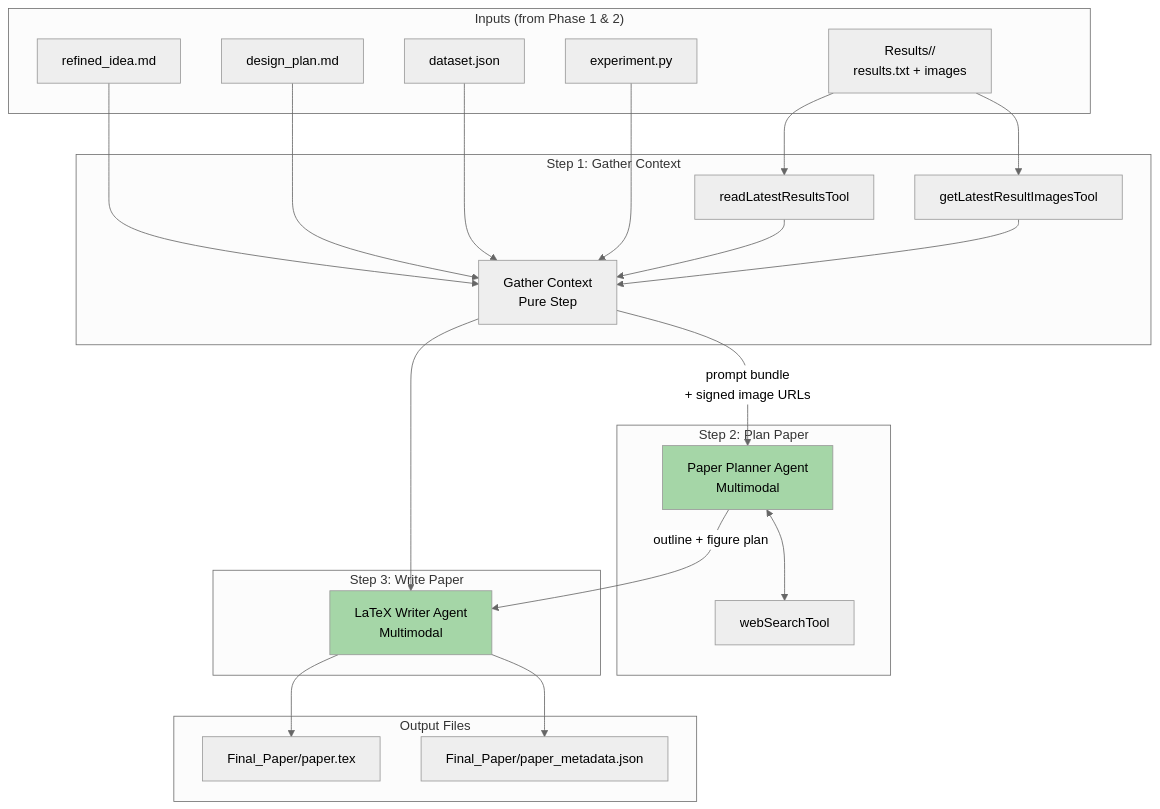
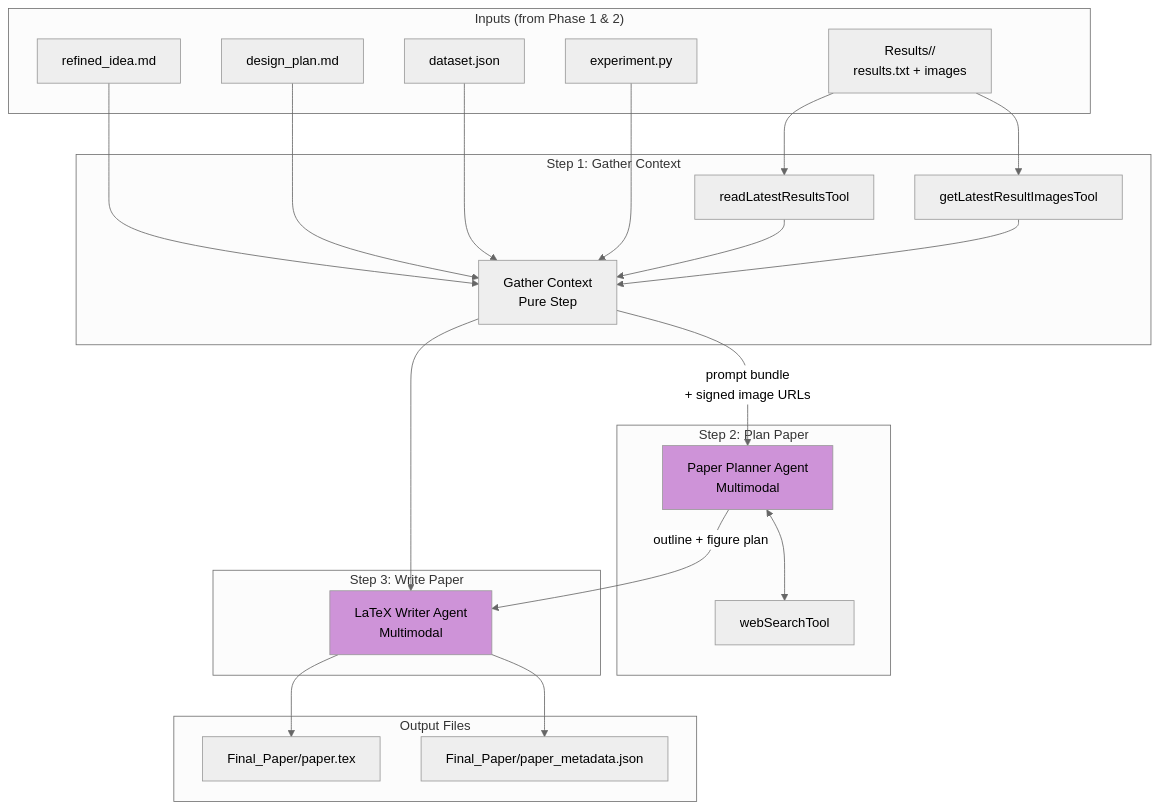
One commit to sunnnybala/Ignis changed the fourth of 4 diagrams in docs/agent-architecture-flowchart.md. Above: the diagram before and after it, drawn with Mermaid (neutral theme). The commit also changed other lines of this file and 1 other file, not shown here.

Commit message:
changed the flowchart a bit

````diff
--- a/docs/agent-architecture-flowchart.md
+++ b/docs/agent-architecture-flowchart.md
@@ -175,50 +186,50 @@
 ```mermaid
 flowchart TB
     subgraph Inputs["Inputs (from Phase 1 & 2)"]
         RI[refined_idea.md]
         DP[design_plan.md]
         DS[dataset.json]
         EP[experiment.py]
         RES[Results/<timestamp>/<br/>results.txt + images]
     end
 
     subgraph Step1["Step 1: Gather Context"]
         GC[Gather Context<br/>Pure Step]
         RLR[readLatestResultsTool]
         GLI[getLatestResultImagesTool]
     end
 
     subgraph Step2["Step 2: Plan Paper"]
         PPA[Paper Planner Agent<br/>Multimodal]
         WST[webSearchTool]
     end
 
     subgraph Step3["Step 3: Write Paper"]
         LWA[LaTeX Writer Agent<br/>Multimodal]
     end
 
     subgraph Outputs["Output Files"]
         PT[Final_Paper/paper.tex]
         PM[Final_Paper/paper_metadata.json]
     end
 
     RI --> GC
     DP --> GC
     DS --> GC
     EP --> GC
     RES --> RLR
     RES --> GLI
     RLR --> GC
     GLI --> GC
 
     GC -->|"prompt bundle<br/>+ signed image URLs"| PPA
     PPA <--> WST
     PPA -->|"outline + figure plan"| LWA
     GC --> LWA
 
     LWA --> PT
     LWA --> PM
 
-    style PPA fill:#a5d6a7
-    style LWA fill:#a5d6a7
+    style PPA fill:#ce93d8
+    style LWA fill:#ce93d8
 ```
````
